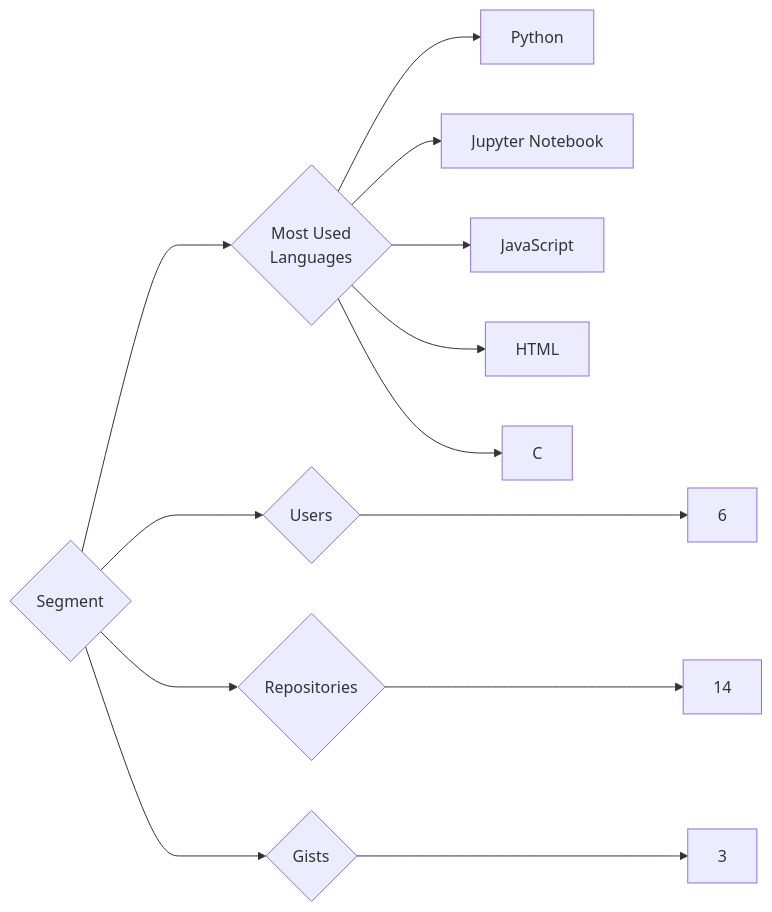
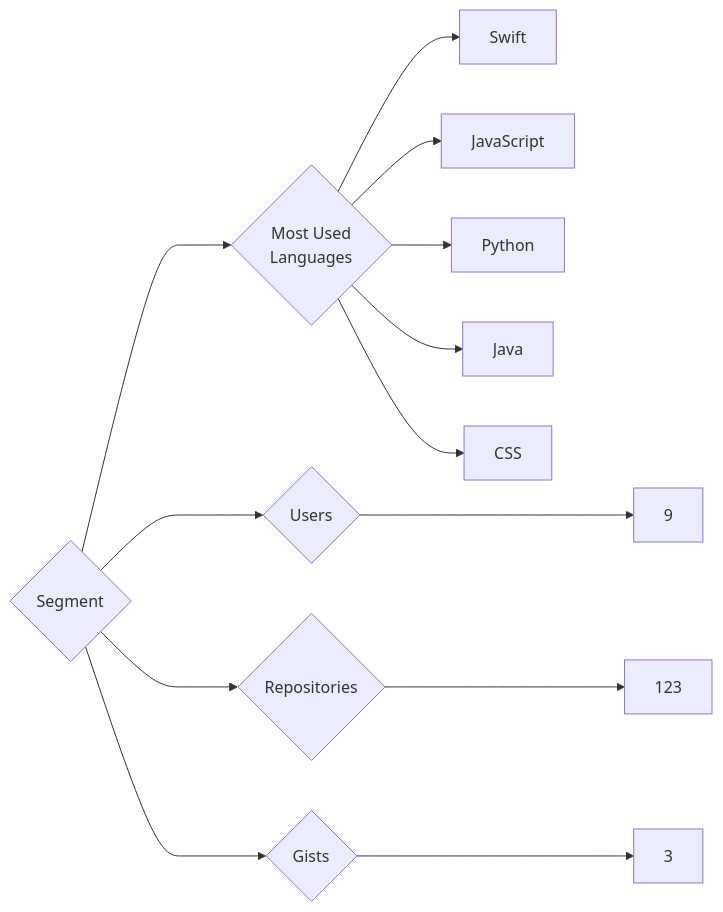
One commit to trickest/insiders changed the diagram in targets/Segment/README.md. Above: the diagram before and after it, drawn with Mermaid. The commit also changed 725 other files, not shown here.

````diff
--- a/targets/Segment/README.md
+++ b/targets/Segment/README.md
@@ -3,13 +3,13 @@
 ```mermaid
 graph LR
 COMPANY_NAME{Segment}
-COMPANY_NAME ---> U{Users} ---> UN[6]
-COMPANY_NAME ---> R{Repositories} ---> RN[14]
+COMPANY_NAME ---> U{Users} ---> UN[9]
+COMPANY_NAME ---> R{Repositories} ---> RN[123]
 COMPANY_NAME ---> G{Gists} ---> GN[3]
 COMPANY_NAME ---> ML{Most Used<br>Languages}
+ML --> Swift[Swift]
+ML --> JavaScript[JavaScript]
 ML --> Python[Python]
-ML --> Jupyter_Notebook[Jupyter Notebook]
-ML --> JavaScript[JavaScript]
-ML --> HTML[HTML]
-ML --> C[C]
+ML --> Java[Java]
+ML --> CSS[CSS]
 ```
````
